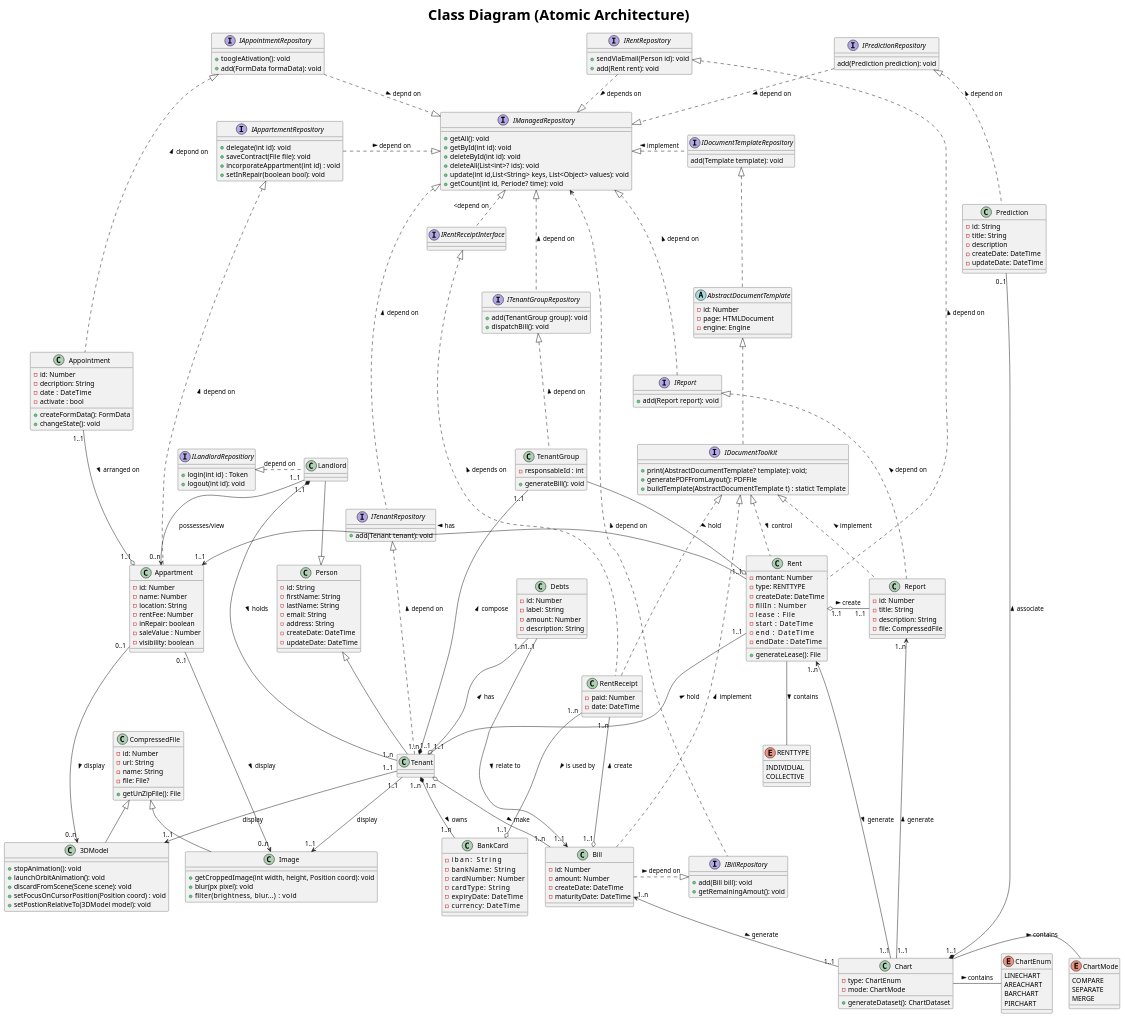
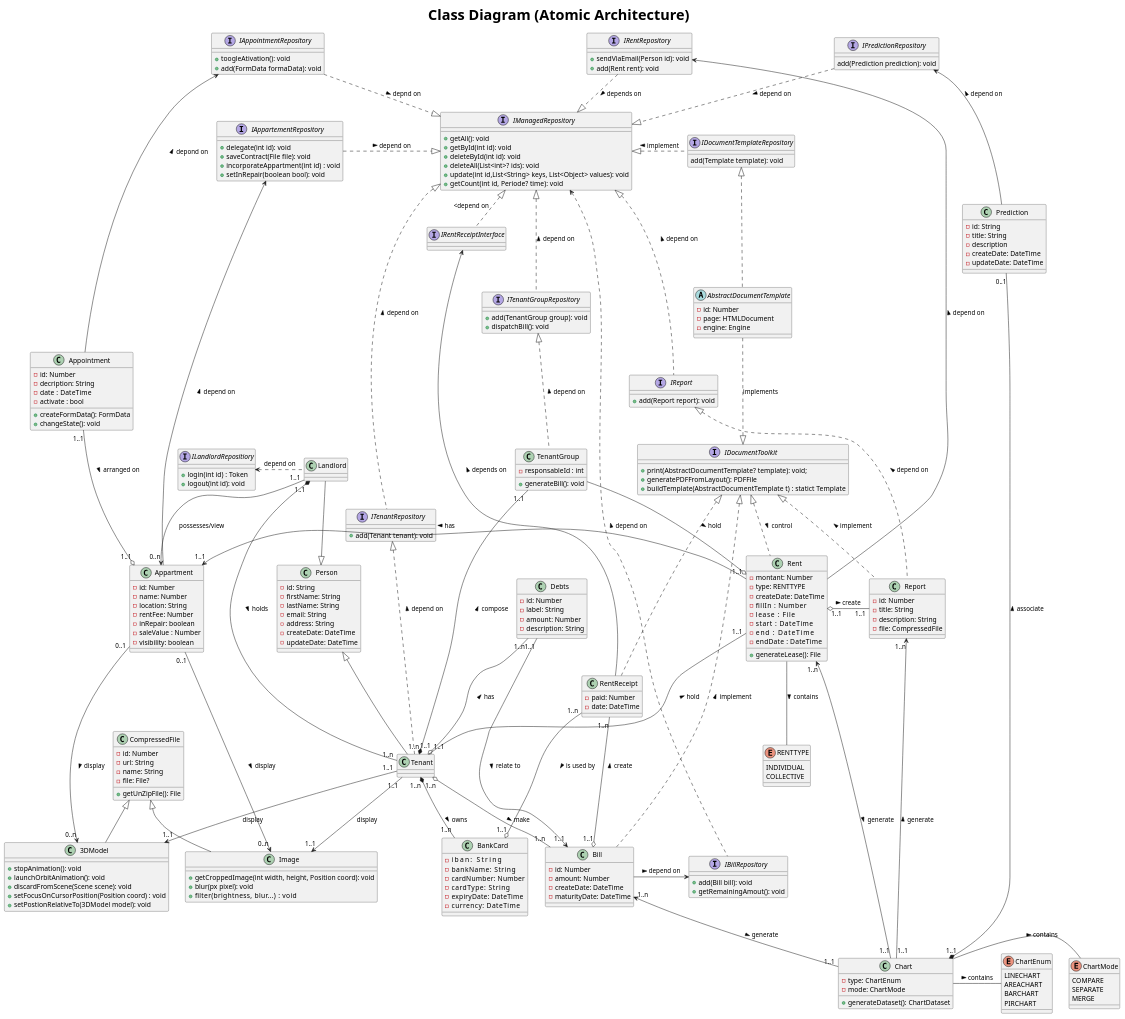
The diagram in architecture/class.puml (SprigganTwelve/immo-flow), drawn with PlantUML before and after one commit. The commit also changed 4 other files, not shown here.

Commit message:
updating  rent/usecase and class (uml) (modifying  relation and adding commit)

```diff
--- a/architecture/class.puml
+++ b/architecture/class.puml
@@ -4,7 +4,9 @@
 
 title <b><size:30>&#160;&#160; Class Diagram (Atomic Architecture) &#160;&#160;</size></b>
 
-'-----------Main--------------
+'========================================
+'Main
+'========================================
 
 class Person{
     - id: String
@@ -24,10 +26,15 @@
 }
 
 Landlord "1..1" *-- "1..n" Tenant       : > holds  
-ILandlordRepositiory <|.right. Landlord : depend on
+ILandlordRepositiory <.right. Landlord : depend on
 
 
+
+'========================================
 'Documents
+'========================================
+
+
 abstract class AbstractDocumentTemplate {
     - id: Number
     - page: HTMLDocument
@@ -43,7 +50,9 @@
 }
 
 
-AbstractDocumentTemplate <|.. IDocumentToolkit
+IDocumentToolkit <|.up. AbstractDocumentTemplate : implements
+
+
 
 interface IDocumentTemplateRepository{
     add(Template template): void
@@ -71,8 +80,10 @@
 
 
 
+'========================================
+'Tenants
+'========================================
 
-'----------------------Tenants----------------
 
 class Tenant {}
 
@@ -122,8 +133,9 @@
 ITenantRepository <|.down. Tenant: < depend on
 
 
-'---------Billings--------------------
-
+'========================================
+'Billings
+'========================================
 
 
 class BankCard{
@@ -154,7 +166,7 @@
 
 
 IManagedRepository <.. IBillRepository: < depend on
-IBillRepository <|.left. Bill : < depend on
+IBillRepository <-left- Bill : < depend on
 
 
 class RentReceipt{
@@ -172,7 +184,7 @@
 
 
 IManagedRepository <|.right. IRentReceiptInterface : <depend on
-IRentReceiptInterface <|.. RentReceipt : < depends on
+IRentReceiptInterface <-- RentReceipt : < depends on
 
     
 
@@ -190,7 +202,11 @@
 Debts "1..1" -right-> "1..1" Bill: > relate to 
 
 
-'----------------------Rents------------------------
+
+'========================================
+'Rents
+'========================================
+
 
 
 class Rent{
@@ -235,11 +251,13 @@
 TenantGroup --o Rent : hold > 
 
 Rent "1..1" o-right- "1..1" Report : create >
-Rent .left.|> IRentRepository      : depend on >
+Rent -left-> IRentRepository      : depend on >
 
 
+'========================================
+'Apartements
+'========================================
 
-'--------------------Apartements--------------------------
 
 
 class Appartment{
@@ -262,15 +280,16 @@
 
 
 IManagedRepository  <|.left. IAppartementRepository: < depend on
-IAppartementRepository <|.. Appartment : < depend on
+IAppartementRepository <-- Appartment : < depend on
 
 Appartment "1..1" <-right- "1..1" Rent : has <
 Appartment "0..n" <-up- "1..1" Landlord:  possesses/view
 
 
 
-
-'--------------------------Buying/Selling------------------------
+'========================================
+'Buying/Selling
+'========================================
 
 
 
@@ -292,12 +311,14 @@
 
 
 Appartment "1..1" o-up- "1..1" Appointment : < arranged on
-Appointment .up.|> IAppointmentRepository: depond on >
+Appointment -up-> IAppointmentRepository: depond on >
 IAppointmentRepository ..|> IManagedRepository :  depnd on >
 
 
 
+'========================================
 'Graphs
+'========================================
 
 
 
@@ -343,13 +364,14 @@
 }
 
 IManagedRepository <|.up. IPredictionRepository: < depend on 
-IPredictionRepository <|.. Prediction : < depend on 
+IPredictionRepository <-- Prediction : < depend on 
 
 Chart "1..1" *-up- "0..1" Prediction: > associate
 
 
-
-'--------------------2D/3D Graphics Models--------------------
+'========================================
+'2D/3D Graphics Models
+'========================================
 
 
 class CompressedFile{
```
